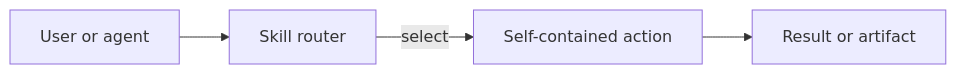
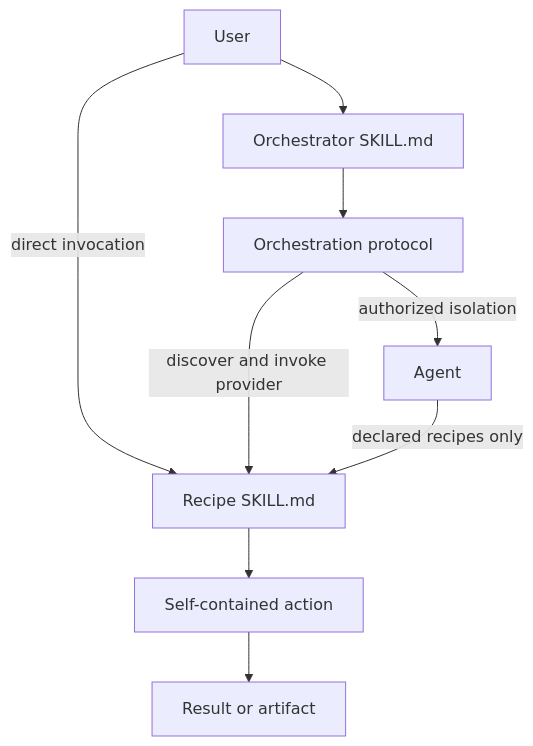
The second of 2 diagrams in docs/ARCHITECTURE.md (ai-driven-dev/framework), drawn with Mermaid before and after one commit. The commit also changed other lines of this file and 1 other file, not shown here.

First line of the commit message:
docs(framework): prefer architecture diagrams and tables

````diff
--- a/docs/ARCHITECTURE.md
+++ b/docs/ARCHITECTURE.md
@@ -81,6 +93,11 @@
 ```mermaid
-flowchart LR
-  Caller["User or agent"] --> Router["Skill router"]
-  Router -->|select| Action["Self-contained action"]
+flowchart TB
+  User["User"] --> Router["Orchestrator SKILL.md"]
+  Router --> Protocol["Orchestration protocol"]
+  User -->|direct invocation| Recipe["Recipe SKILL.md"]
+  Protocol -->|discover and invoke provider| Recipe
+  Protocol -->|authorized isolation| Agent["Agent"]
+  Agent -->|declared recipes only| Recipe
+  Recipe --> Action["Self-contained action"]
   Action --> Result["Result or artifact"]
 ```
````
